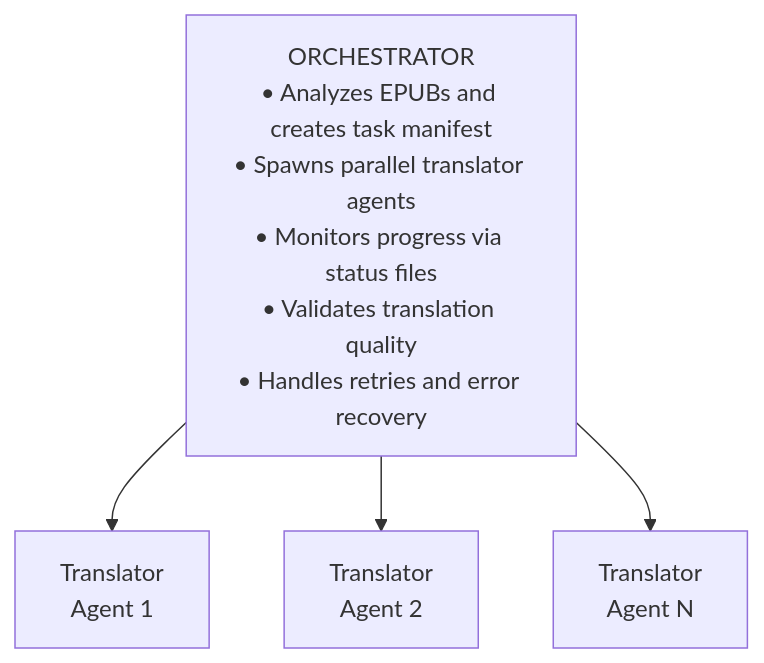
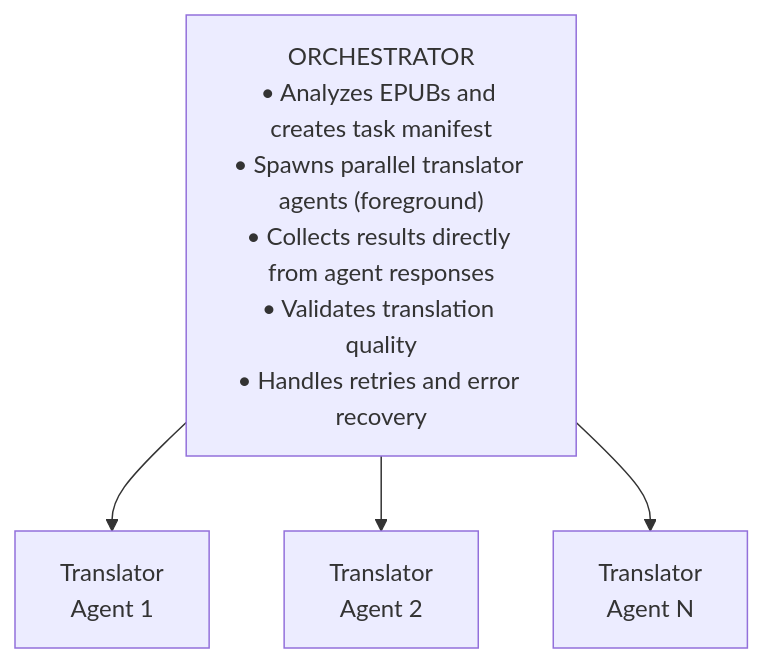
The diagram in epub-translator/SKILL.md (Nebu1eto/skills), drawn with Mermaid before and after one commit. The commit also changed other lines of this file, not shown here.

Commit message:
Fix epub-translator for adding allowed-tools

````diff
--- a/epub-translator/SKILL.md
+++ b/epub-translator/SKILL.md
@@ -73,11 +74,11 @@
 ```mermaid
 graph TB
-    O["ORCHESTRATOR<br/>• Analyzes EPUBs and creates task manifest<br/>• Spawns parallel translator agents<br/>• Monitors progress via status files<br/>• Validates translation quality<br/>• Handles retries and error recovery"]
+    O["ORCHESTRATOR<br/>• Analyzes EPUBs and creates task manifest<br/>• Spawns parallel translator agents (foreground)<br/>• Collects results directly from agent responses<br/>• Validates translation quality<br/>• Handles retries and error recovery"]
     T1["Translator<br/>Agent 1"]
     T2["Translator<br/>Agent 2"]
     TN["Translator<br/>Agent N"]
 
     O --> T1
     O --> T2
     O --> TN
 ```
````
